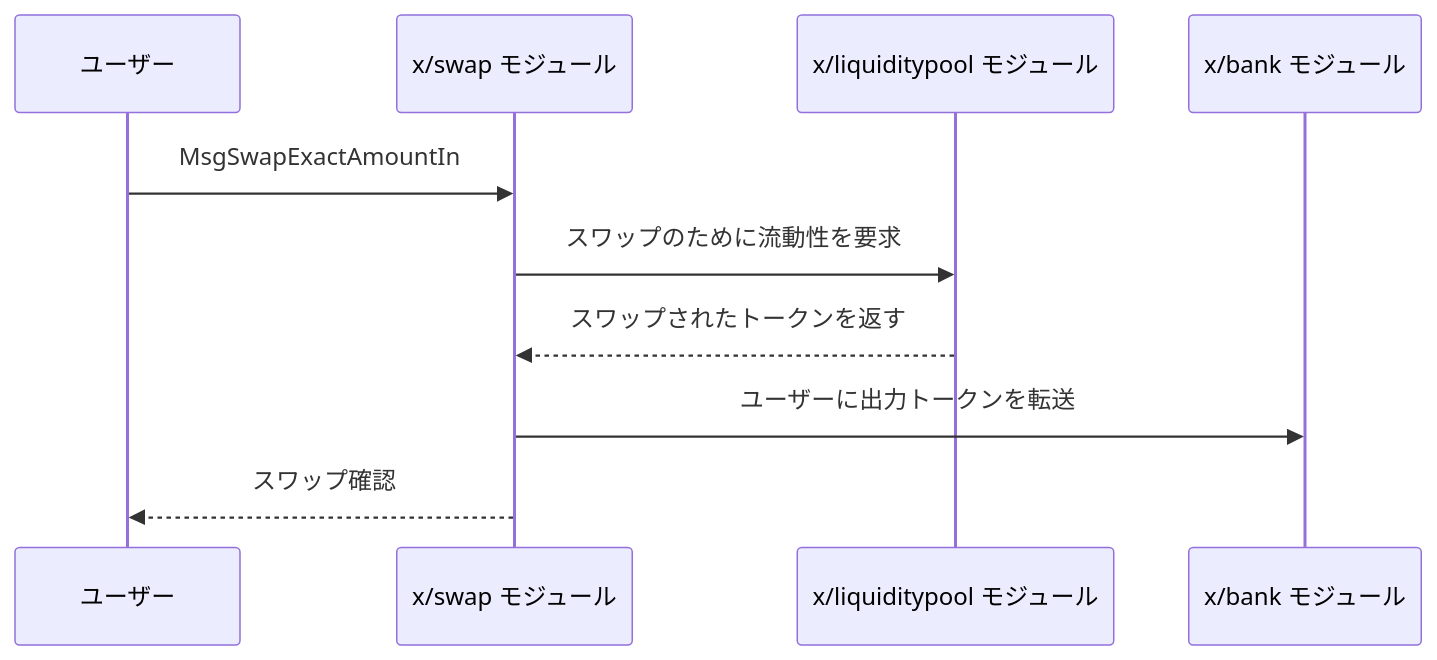
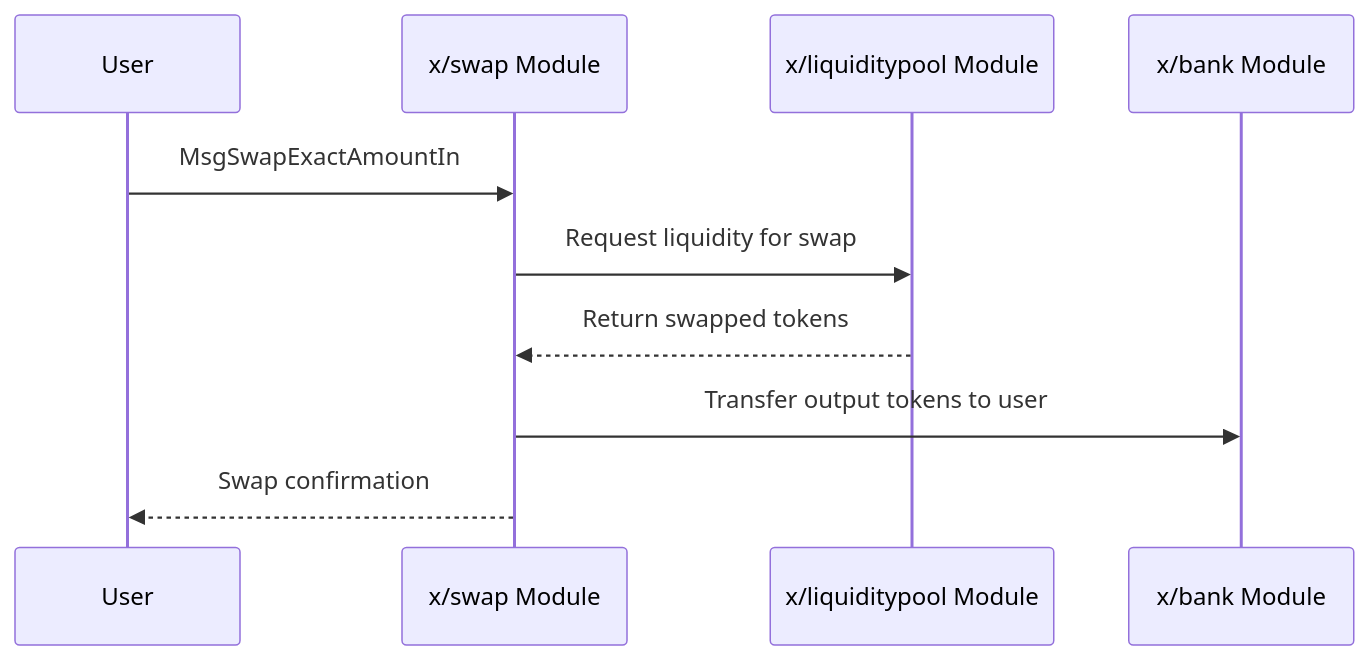
Before and after one commit to sunriselayer/gitbook: the first of 3 diagrams in ja/learn/sunrise/swap.md, drawn with Mermaid. The commit also changed other lines of this file and 19 other files, not shown here.

````diff
--- a/ja/learn/sunrise/swap.md
+++ b/ja/learn/sunrise/swap.md
@@ -53,13 +53,13 @@
 ```mermaid
 sequenceDiagram
-    participant User as ユーザー
-    participant SwapModule as x/swap モジュール
-    participant LiquidityPoolModule as x/liquiditypool モジュール
-    participant BankModule as x/bank モジュール
+    participant User as User
+    participant SwapModule as x/swap Module
+    participant LiquidityPoolModule as x/liquiditypool Module
+    participant BankModule as x/bank Module
 
     User->>SwapModule: MsgSwapExactAmountIn
-    SwapModule->>LiquidityPoolModule: スワップのために流動性を要求
-    LiquidityPoolModule-->>SwapModule: スワップされたトークンを返す
-    SwapModule->>BankModule: ユーザーに出力トークンを転送
-    SwapModule-->>User: スワップ確認
+    SwapModule->>LiquidityPoolModule: Request liquidity for swap
+    LiquidityPoolModule-->>SwapModule: Return swapped tokens
+    SwapModule->>BankModule: Transfer output tokens to user
+    SwapModule-->>User: Swap confirmation
 ```
````
